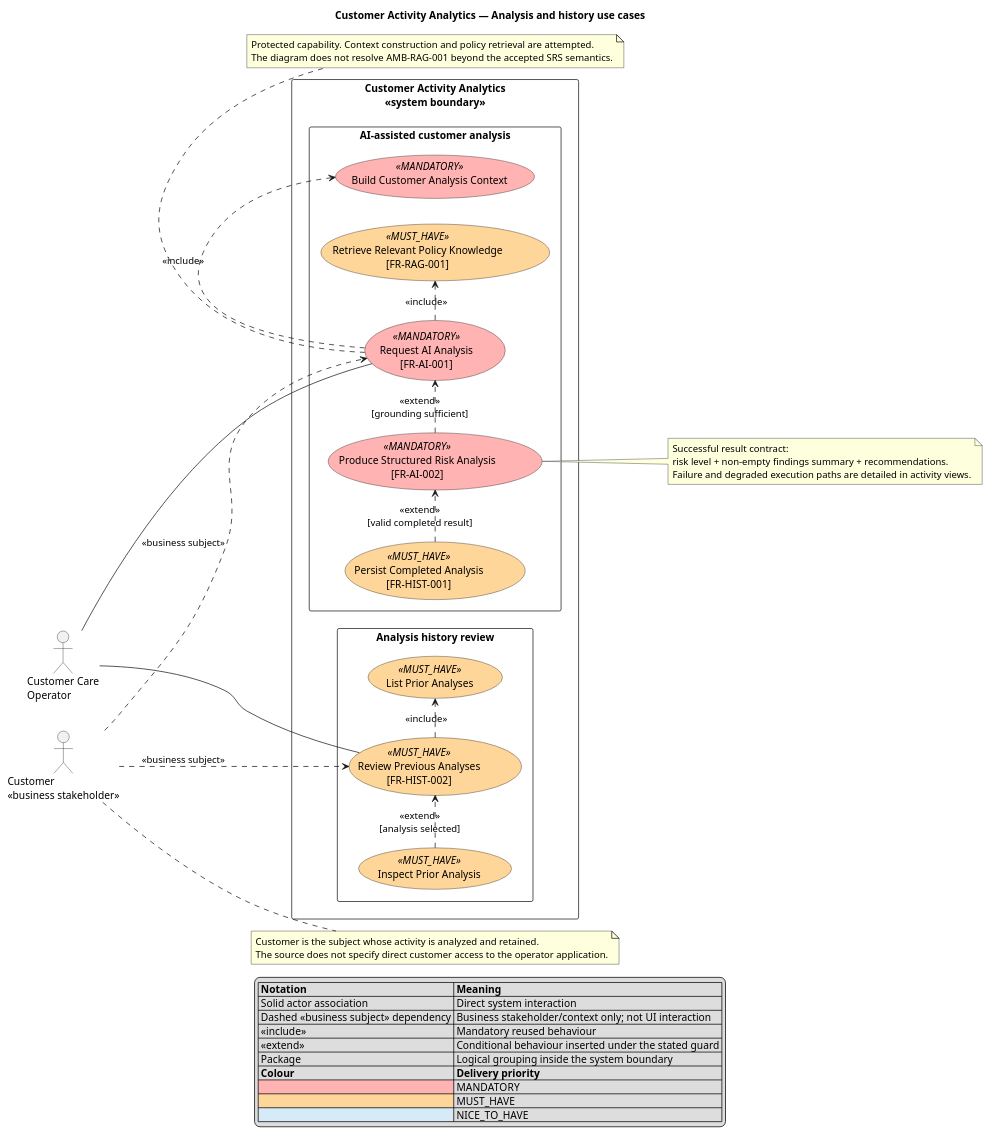
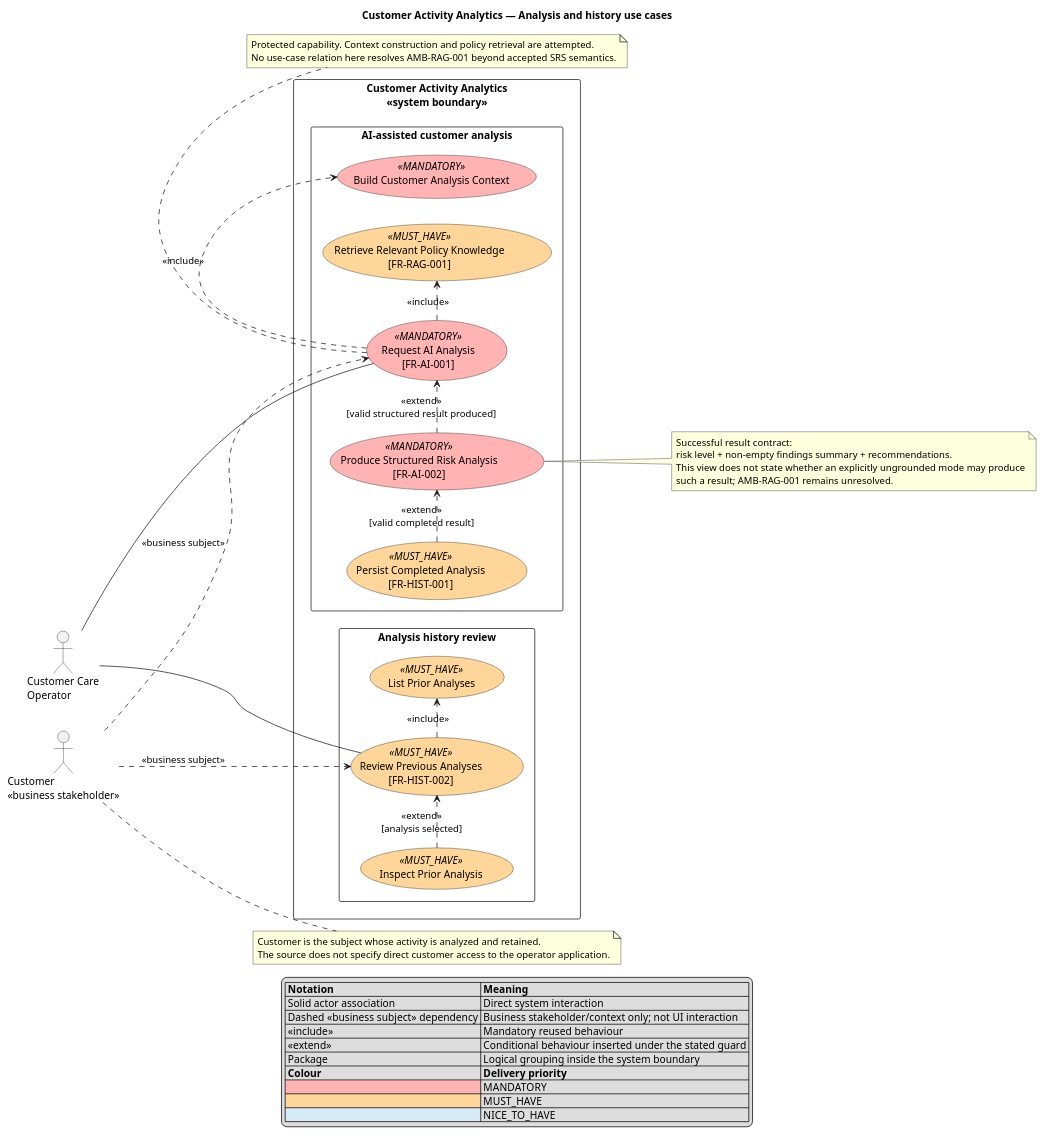
Before and after one commit to jdoe-dev-159753/specgraph-reference-app: the diagram in docs/assignment/SRS/diagrams/srs-analysis-use-cases.puml, drawn with PlantUML.

Commit message:
docs: preserve unresolved grounding policy in use cases

```diff
--- a/docs/assignment/SRS/diagrams/srs-analysis-use-cases.puml
+++ b/docs/assignment/SRS/diagrams/srs-analysis-use-cases.puml
@@ -1,71 +1,72 @@
 @startuml
 title Customer Activity Analytics — Analysis and history use cases
 left to right direction
 skinparam packageStyle rectangle
 skinparam shadowing false
 skinparam usecase {
   BackgroundColor<<MANDATORY>> #FFB3B3
   BackgroundColor<<MUST_HAVE>> #FFD699
   BackgroundColor<<NICE_TO_HAVE>> #D6EAF8
 }
 
 actor "Customer Care\nOperator" as Operator
 actor "Customer\n<<business stakeholder>>" as Customer
 
 rectangle "Customer Activity Analytics\n<<system boundary>>" as SystemBoundary {
   package "AI-assisted customer analysis" {
     usecase "Request AI Analysis\n[FR-AI-001]" as UC_Request <<MANDATORY>>
     usecase "Build Customer Analysis Context" as UC_Context <<MANDATORY>>
     usecase "Retrieve Relevant Policy Knowledge\n[FR-RAG-001]" as UC_RAG <<MUST_HAVE>>
     usecase "Produce Structured Risk Analysis\n[FR-AI-002]" as UC_Result <<MANDATORY>>
     usecase "Persist Completed Analysis\n[FR-HIST-001]" as UC_Persist <<MUST_HAVE>>
   }
 
   package "Analysis history review" {
     usecase "Review Previous Analyses\n[FR-HIST-002]" as UC_History <<MUST_HAVE>>
     usecase "List Prior Analyses" as UC_List <<MUST_HAVE>>
     usecase "Inspect Prior Analysis" as UC_Inspect <<MUST_HAVE>>
   }
 
   UC_Request .> UC_Context : <<include>>
   UC_Request .> UC_RAG : <<include>>
-  UC_Result .> UC_Request : <<extend>>\n[grounding sufficient]
+  UC_Result .> UC_Request : <<extend>>\n[valid structured result produced]
   UC_Persist .> UC_Result : <<extend>>\n[valid completed result]
   UC_History .> UC_List : <<include>>
   UC_Inspect .> UC_History : <<extend>>\n[analysis selected]
 }
 
 Operator -- UC_Request
 Operator -- UC_History
 Customer ..> UC_Request : <<business subject>>
 Customer ..> UC_History : <<business subject>>
 
 note right of UC_Result
   Successful result contract:
   risk level + non-empty findings summary + recommendations.
-  Failure and degraded execution paths are detailed in activity views.
+  This view does not state whether an explicitly ungrounded mode may produce
+  such a result; AMB-RAG-001 remains unresolved.
 end note
 
 note bottom of UC_Request
   Protected capability. Context construction and policy retrieval are attempted.
-  The diagram does not resolve AMB-RAG-001 beyond the accepted SRS semantics.
+  No use-case relation here resolves AMB-RAG-001 beyond accepted SRS semantics.
 end note
 
 note right of Customer
   Customer is the subject whose activity is analyzed and retained.
   The source does not specify direct customer access to the operator application.
 end note
 
 legend bottom
   |= Notation |= Meaning |
   | Solid actor association | Direct system interaction |
   | Dashed <<business subject>> dependency | Business stakeholder/context only; not UI interaction |
   | <<include>> | Mandatory reused behaviour |
   | <<extend>> | Conditional behaviour inserted under the stated guard |
   | Package | Logical grouping inside the system boundary |
   |= Colour |= Delivery priority |
   |<#FFB3B3> | MANDATORY |
   |<#FFD699> | MUST_HAVE |
   |<#D6EAF8> | NICE_TO_HAVE |
 endlegend
 @enduml
```
